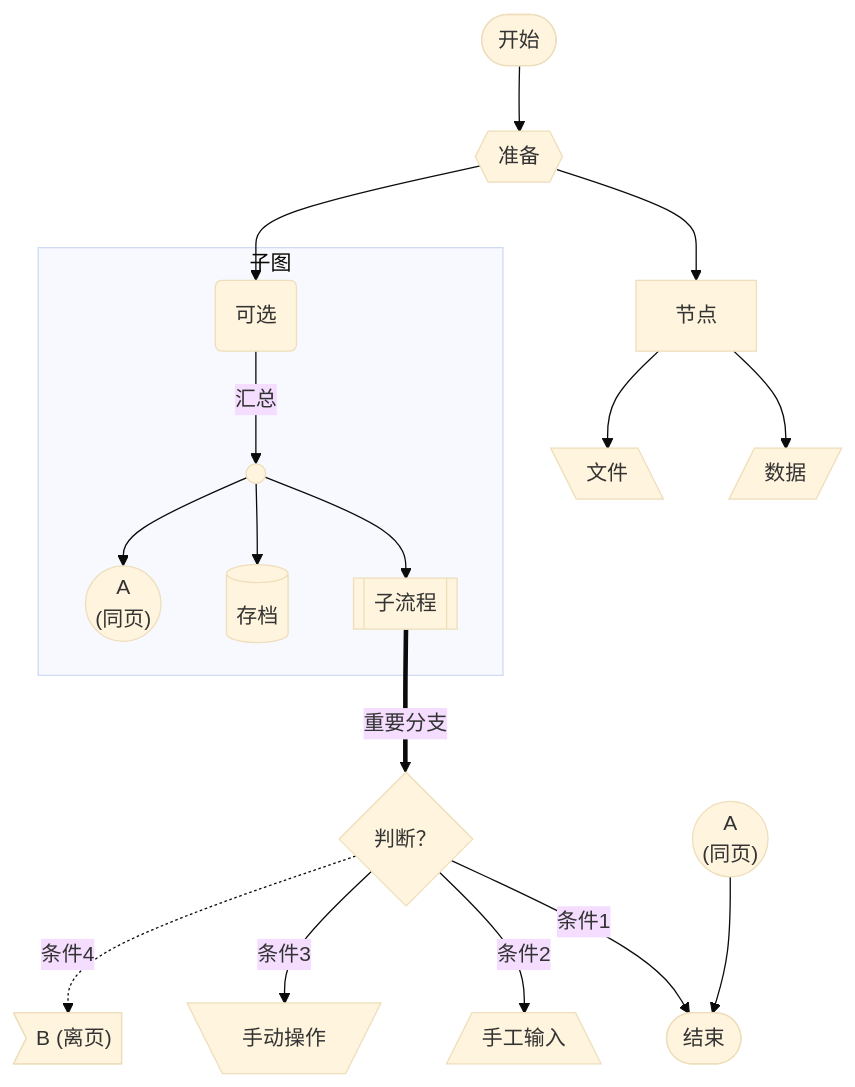
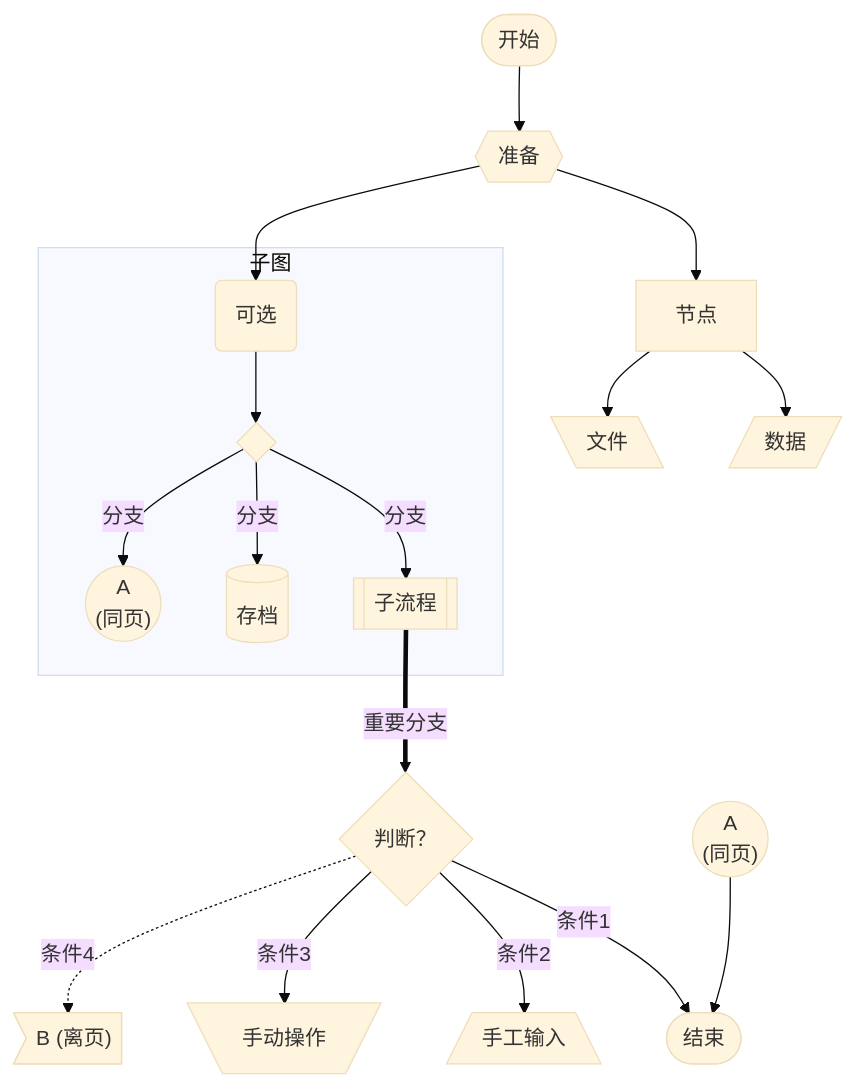
One commit to MadMaxChow/VLOOK changed the first of 15 diagrams in released/demo/chart.md. Above: the diagram before and after it, drawn with Mermaid (base theme). The commit also changed other lines of this file and 69 other files, not shown here.

````diff
--- a/released/demo/chart.md
+++ b/released/demo/chart.md
@@ -42,29 +47,29 @@
 ```mermaid
 graph TB
 %% 图的方向说明
 %% LR：从左到图，RL：从右到左，TB：从上到下，BT：从下到上
 
 %% 连续连接
 START([开始]) --> pre1{{准备}} --> node2[节点]
 pre1 --> node1(可选)
 subgraph 子图
 	%% 一对多
-	node1 --> |汇总|join1(( ))
-	join1 --> groud1[[子流程]] & database[(存档)] & inpage1(("A<br>(同页)"))
+	node1 --> join1{ }
+	join1 --> |分支|groud1[[子流程]] & database[(存档)] & inpage1(("A<br>(同页)"))
   %% click clickable "#Mermaid 的状态图"
 end
 
 node2 --> data1[/数据/]
 node2 --> data2[\文件\]
 
 %% this is a comment
 
 groud1 ==> |重要分支|cond1{"判断？"}
 cond1 --> |条件1|END
 cond1 --> |条件2|B[/手工输入\]
 cond1 --> |条件3|B2[\手动操作/]
 cond1 -.-> |条件4|outpage2>"B (离页)"]
 
 inpage2(("A<br>(同页)")) --> END
 END([结束])
 ```
````
